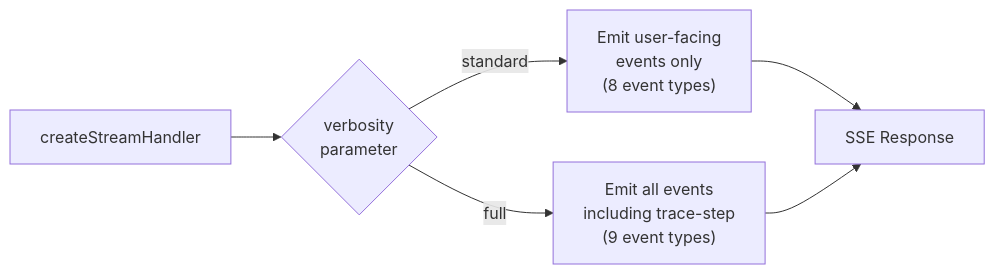
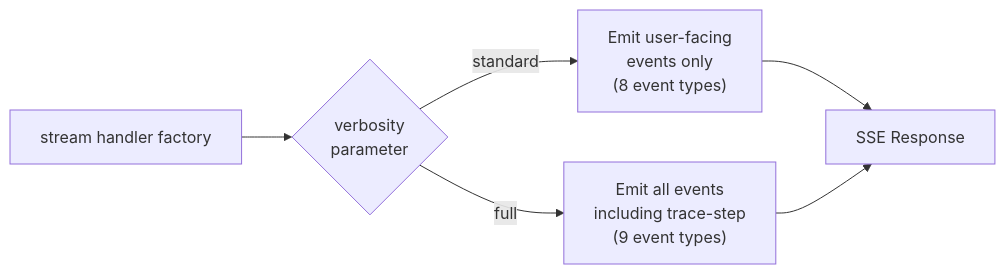
Before and after one commit to 1qh/safeagent: diagram 11 of 27 in plan/11-transport.md, drawn with Mermaid. The commit also changed other lines of this file and 18 other files, not shown here.

````diff
--- a/plan/11-transport.md
+++ b/plan/11-transport.md
@@ -414,12 +414,12 @@
 ```mermaid
 flowchart LR
-    HANDLER["createStreamHandler"]
+    HANDLER["stream handler factory"]
     VERBOSITY{"verbosity\nparameter"}
     STANDARD_FILTER["Emit user-facing\nevents only\n(8 event types)"]
     FULL_FILTER["Emit all events\nincluding trace-step\n(9 event types)"]
     SSE["SSE Response"]
 
     HANDLER --> VERBOSITY
     VERBOSITY -->|standard| STANDARD_FILTER --> SSE
     VERBOSITY -->|full| FULL_FILTER --> SSE
 ```
````
